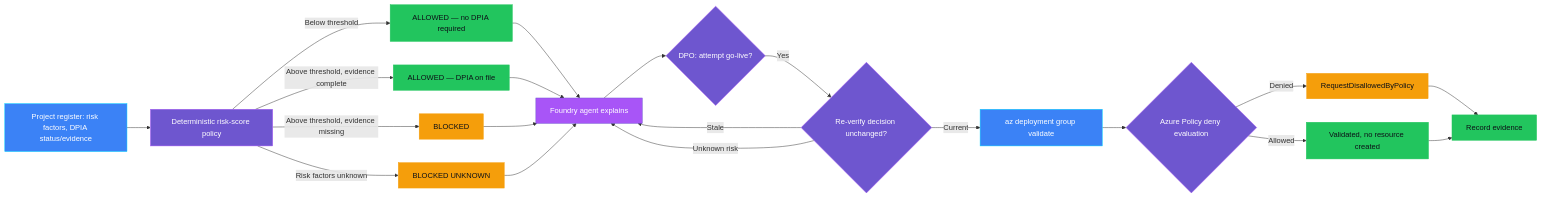
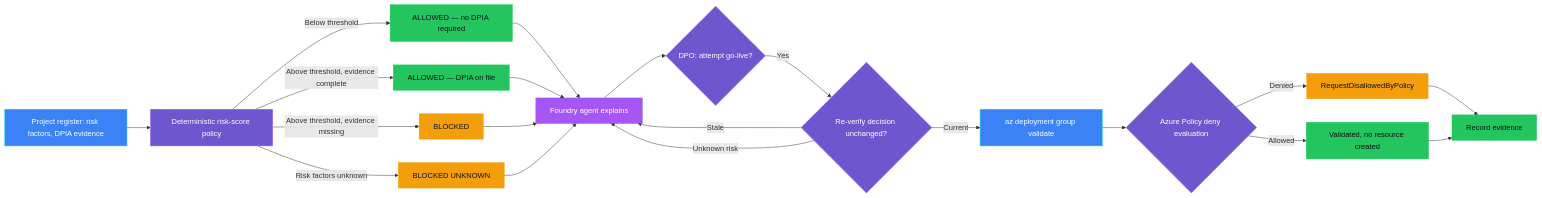
One commit to doruit/forged-with-foundry changed the first of 2 diagrams in controls/privacy/PRI-PRE-001_dpia_required_but_missing/README.md. Above: the diagram before and after it, drawn with Mermaid. The commit also changed other lines of this file and 12 other files, not shown here.

````diff
--- a/controls/privacy/PRI-PRE-001_dpia_required_but_missing/README.md
+++ b/controls/privacy/PRI-PRE-001_dpia_required_but_missing/README.md
@@ -114,33 +121,33 @@
 ```mermaid
 flowchart LR
-  S[Project register: risk factors, DPIA status/evidence] --> P[Deterministic risk-score policy]
+  S[Project register: risk factors, DPIA evidence] --> P[Deterministic risk-score policy]
   P -->|Below threshold| A[ALLOWED — no DPIA required]
   P -->|Above threshold, evidence complete| C[ALLOWED — DPIA on file]
   P -->|Above threshold, evidence missing| B[BLOCKED]
   P -->|Risk factors unknown| X[BLOCKED UNKNOWN]
   A --> G[Foundry agent explains]
   C --> G
   B --> G
   X --> G
   G --> D{DPO: attempt go-live?}
   D -->|Yes| R{Re-verify decision unchanged?}
   R -->|Stale| G
   R -->|Unknown risk| G
   R -->|Current| V[az deployment group validate]
   V --> Z{Azure Policy deny evaluation}
   Z -->|Denied| E1[RequestDisallowedByPolicy]
   Z -->|Allowed| E2[Validated, no resource created]
   E1 --> F[Record evidence]
   E2 --> F
 
     classDef governance fill:#6E56CF,stroke:#A855F7,color:#FFFFFF
     classDef platform fill:#3B82F6,stroke:#00D4FF,color:#FFFFFF
     classDef intelligence fill:#A855F7,stroke:#6E56CF,color:#FFFFFF
     classDef success fill:#22C55E,stroke:#22C55E,color:#0D1117
     classDef attention fill:#F59E0B,stroke:#F59E0B,color:#0D1117
     class S,V platform
     class P,D,R,Z governance
     class G intelligence
     class A,C,E2,F success
     class B,X,E1 attention
 ```
````
